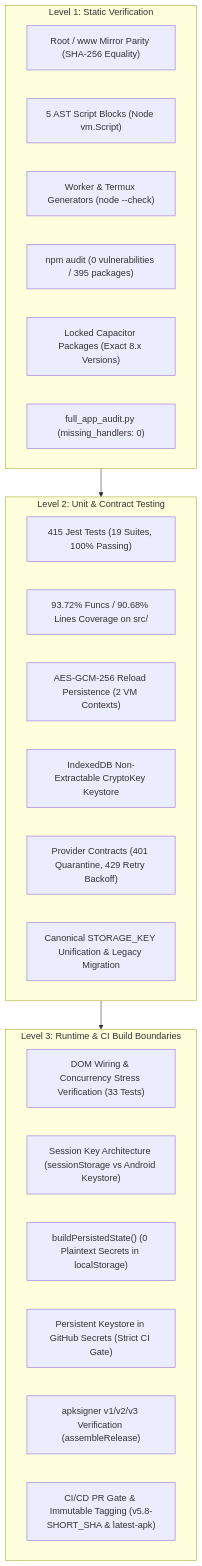
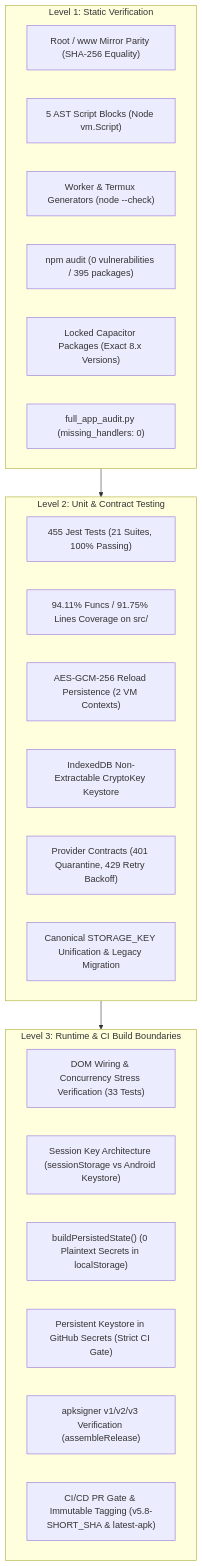
Before and after one commit to dicardotr46-max/EG-Nexus-OS: the first of 2 diagrams in AUDIT_REPORT.md, drawn with Mermaid. The commit also changed other lines of this file and 30 other files, not shown here.

````diff
--- a/AUDIT_REPORT.md
+++ b/AUDIT_REPORT.md
@@ -21,32 +21,32 @@
 ```mermaid
 flowchart TD
     subgraph LEVEL_1["Level 1: Static Verification"]
         PARITY["Root / www Mirror Parity (SHA-256 Equality)"]
         AST["5 AST Script Blocks (Node vm.Script)"]
         TMPL["Worker & Termux Generators (node --check)"]
         NPM["npm audit (0 vulnerabilities / 395 packages)"]
         PINS["Locked Capacitor Packages (Exact 8.x Versions)"]
         PARSER["full_app_audit.py (missing_handlers: 0)"]
     end
 
     subgraph LEVEL_2["Level 2: Unit & Contract Testing"]
-        JEST["415 Jest Tests (19 Suites, 100% Passing)"]
-        COV["93.72% Funcs / 90.68% Lines Coverage on src/"]
+        JEST["455 Jest Tests (21 Suites, 100% Passing)"]
+        COV["94.11% Funcs / 91.75% Lines Coverage on src/"]
         RELOAD["AES-GCM-256 Reload Persistence (2 VM Contexts)"]
         IDB_KEY["IndexedDB Non-Extractable CryptoKey Keystore"]
         PROVIDER["Provider Contracts (401 Quarantine, 429 Retry Backoff)"]
         STORAGE_UNIF["Canonical STORAGE_KEY Unification & Legacy Migration"]
     end
 
     subgraph LEVEL_3["Level 3: Runtime & CI Build Boundaries"]
         DOM_WIRING["DOM Wiring & Concurrency Stress Verification (33 Tests)"]
         SESSION["Session Key Architecture (sessionStorage vs Android Keystore)"]
         STRIP["buildPersistedState() (0 Plaintext Secrets in localStorage)"]
         SECRETS_GATE["Persistent Keystore in GitHub Secrets (Strict CI Gate)"]
         SIGN["apksigner v1/v2/v3 Verification (assembleRelease)"]
         GATE["CI/CD PR Gate & Immutable Tagging (v5.8-SHORT_SHA & latest-apk)"]
     end
 
     LEVEL_1 --> LEVEL_2
     LEVEL_2 --> LEVEL_3
 ```
````
